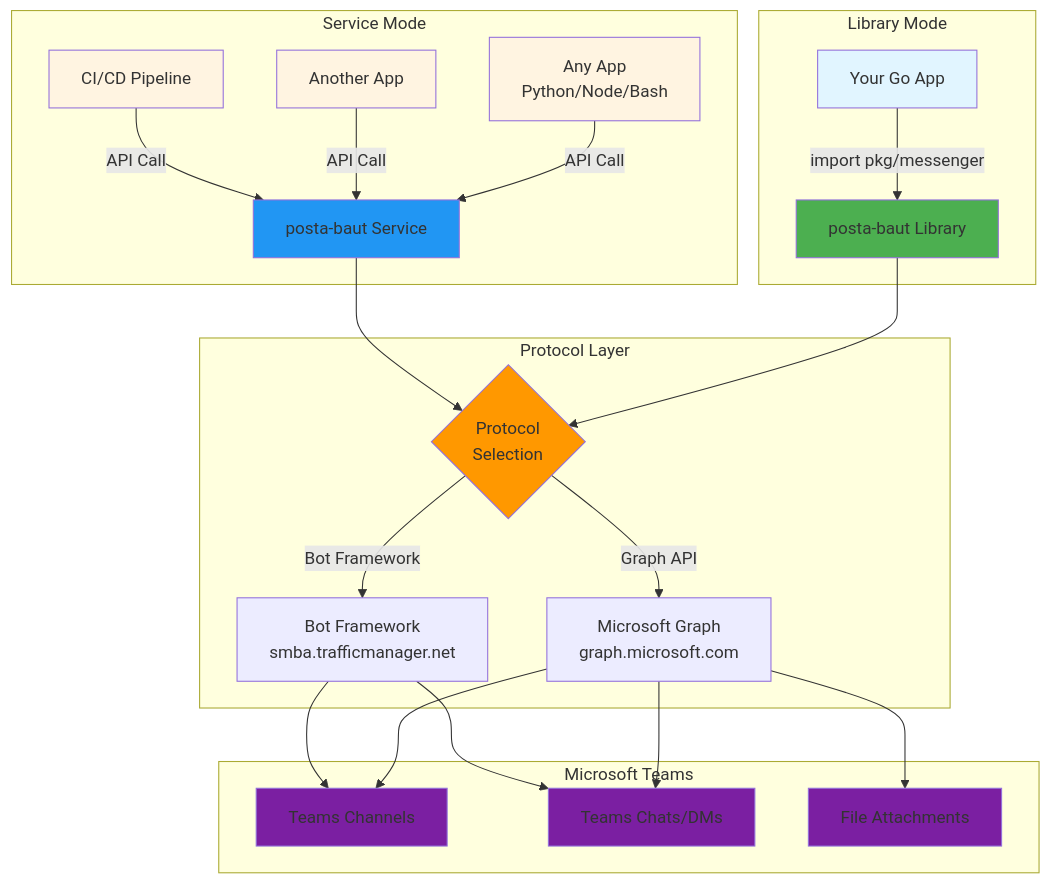
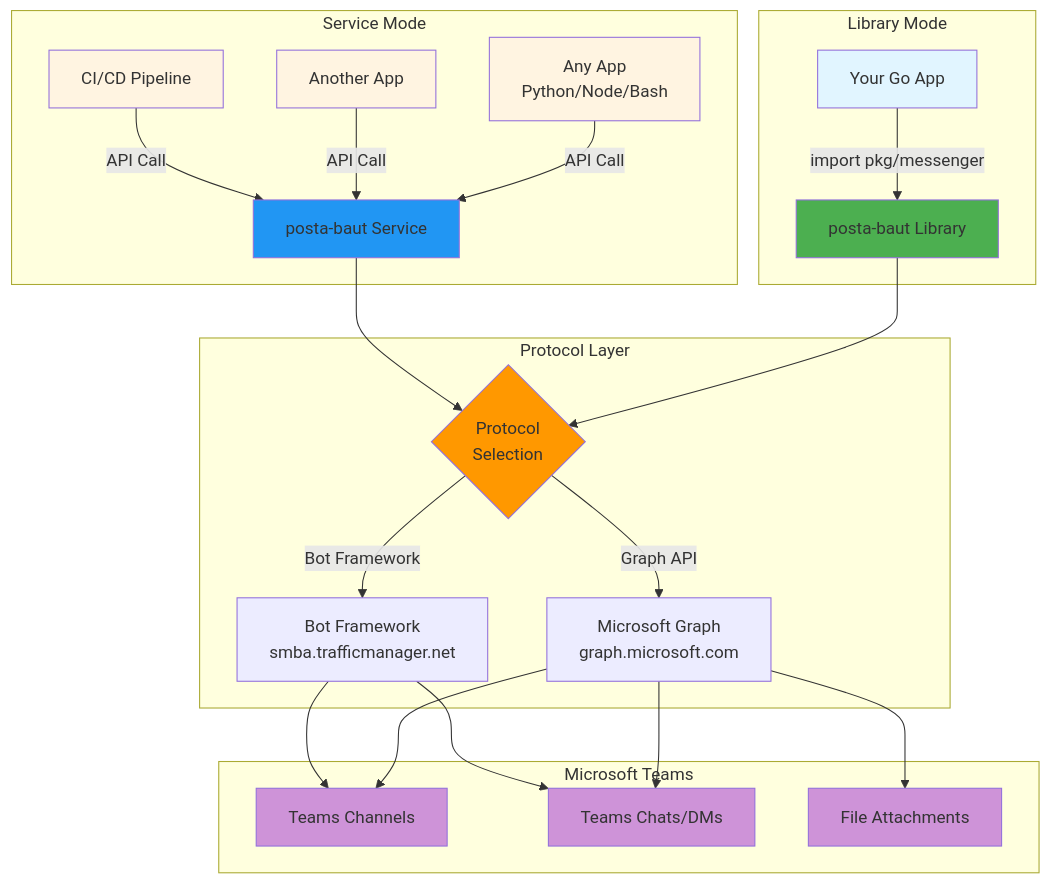
The diagram in README.md (bautistv/posta-baut), drawn with Mermaid before and after one commit.

Commit message:
Make README mermaid diagram easier to see
Updated color styles for elements E, F, and G.

````diff
--- a/README.md
+++ b/README.md
@@ -21,38 +21,38 @@
 ```mermaid
 graph TB
     subgraph "Library Mode"
         A1[Your Go App] -->|import pkg/messenger| B1[posta-baut Library]
     end
 
     subgraph "Service Mode"
         A2[Any App<br/>Python/Node/Bash] -->|API Call| B2[posta-baut Service]
         A3[Another App] -->|API Call| B2
         A4[CI/CD Pipeline] -->|API Call| B2
     end
 
     subgraph "Protocol Layer"
         B1 --> C{Protocol<br/>Selection}
         B2 --> C
         C -->|Graph API| D1[Microsoft Graph<br/>graph.microsoft.com]
         C -->|Bot Framework| D2[Bot Framework<br/>smba.trafficmanager.net]
     end
 
     subgraph "Microsoft Teams"
         D1 --> E[Teams Channels]
         D1 --> F[Teams Chats/DMs]
         D1 --> G[File Attachments]
         D2 --> E
         D2 --> F
     end
 
     style A1 fill:#e1f5ff
     style A2 fill:#fff4e1
     style A3 fill:#fff4e1
     style A4 fill:#fff4e1
     style B1 fill:#4CAF50
     style B2 fill:#2196F3
     style C fill:#FF9800
-    style E fill:#7B1FA2
-    style F fill:#7B1FA2
-    style G fill:#7B1FA2
+    style E fill:#CE93D8
+    style F fill:#CE93D8
+    style G fill:#CE93D8
 ```
````
